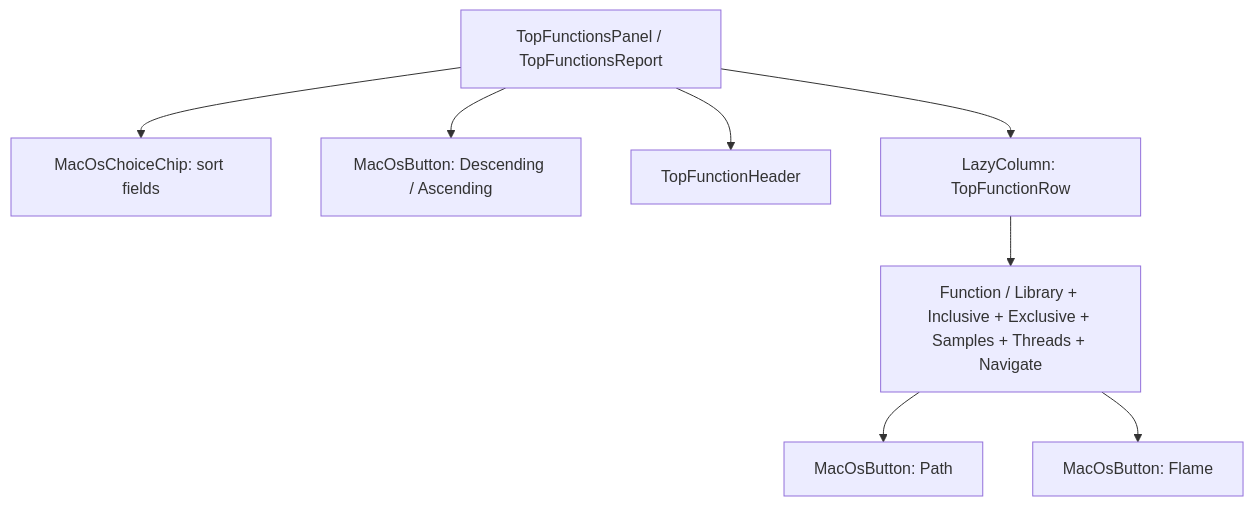
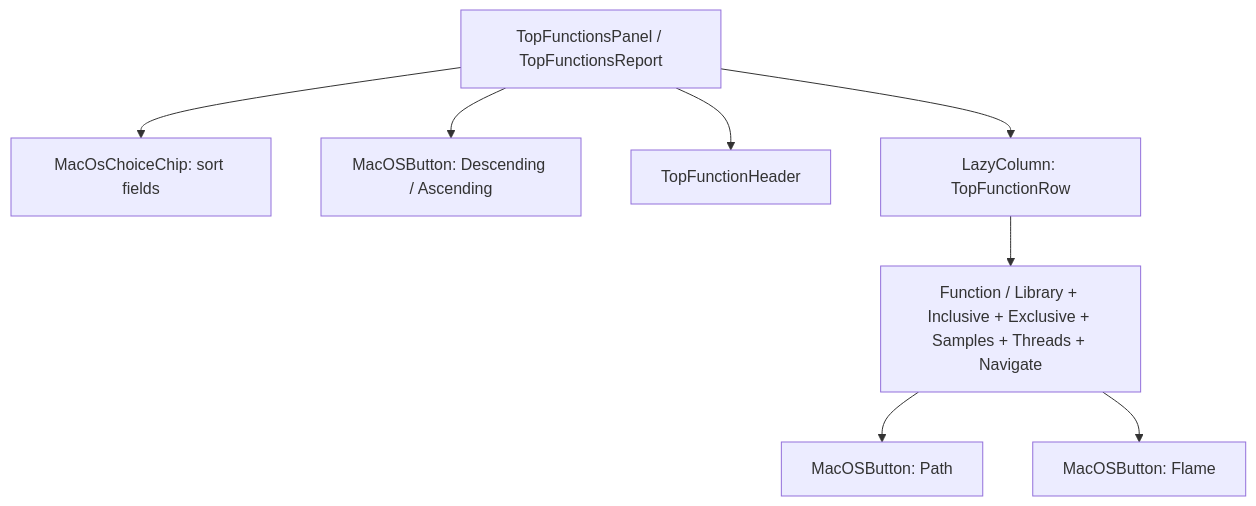
Diagram 19 of 24 in desktop-viewer/docs/architecture/ui-layout-map.md (yuchuangu85/AndroidPerformanceStudio), drawn with Mermaid before and after one commit. The commit also changed other lines of this file and 27 other files, not shown here.

````diff
--- a/desktop-viewer/docs/architecture/ui-layout-map.md
+++ b/desktop-viewer/docs/architecture/ui-layout-map.md
@@ -973,18 +973,18 @@
 ```mermaid
 flowchart TD
     Top[TopFunctionsPanel / TopFunctionsReport]
     Sort[MacOsChoiceChip: sort fields]
-    Direction[MacOsButton: Descending / Ascending]
+    Direction[MacOSButton: Descending / Ascending]
     Header[TopFunctionHeader]
     Rows[LazyColumn: TopFunctionRow]
     Row[Function / Library + Inclusive + Exclusive + Samples + Threads + Navigate]
-    Path[MacOsButton: Path]
-    Flame[MacOsButton: Flame]
+    Path[MacOSButton: Path]
+    Flame[MacOSButton: Flame]
 
     Top --> Sort
     Top --> Direction
     Top --> Header
     Top --> Rows --> Row
     Row --> Path
     Row --> Flame
 ```
````
